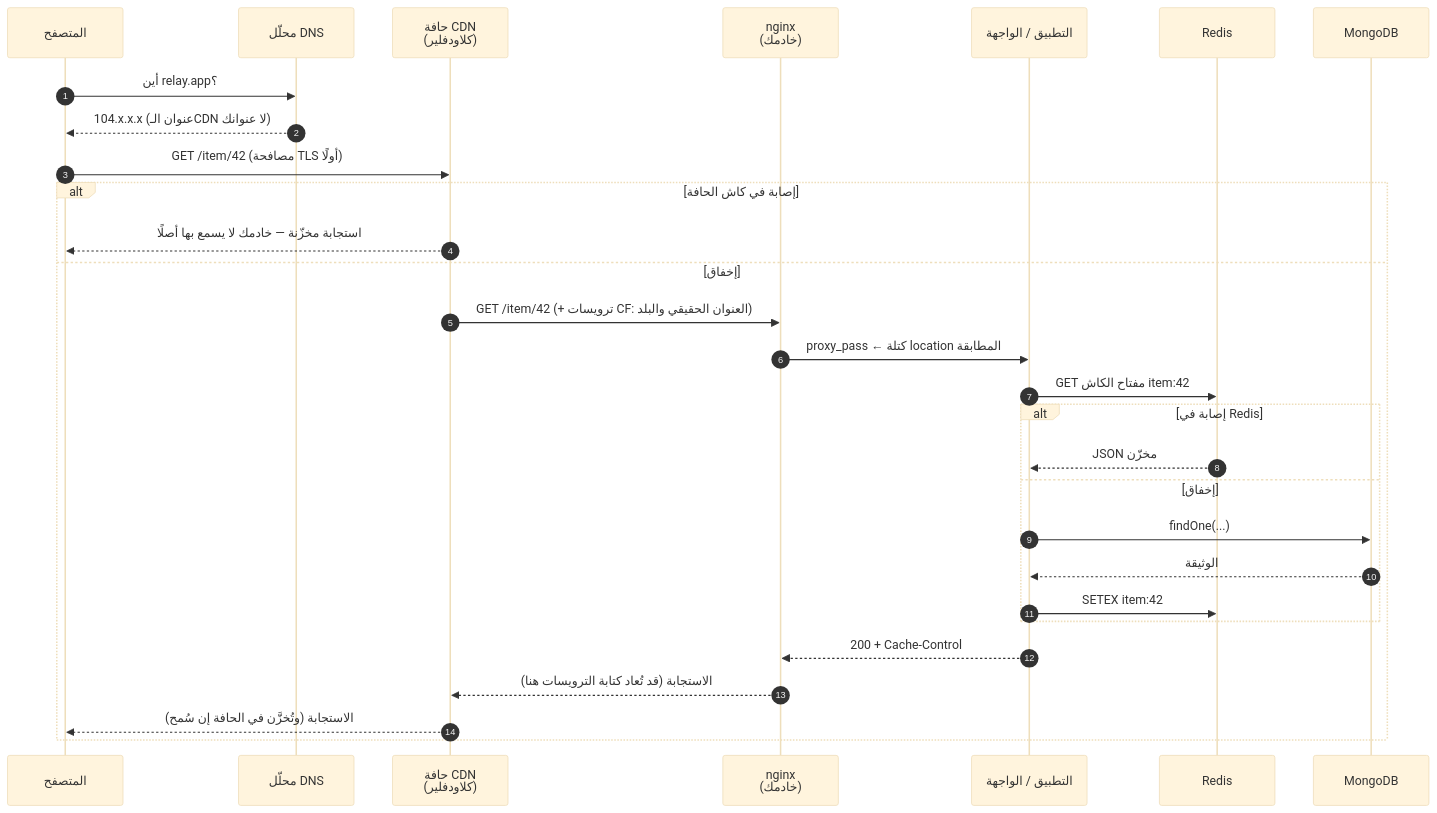
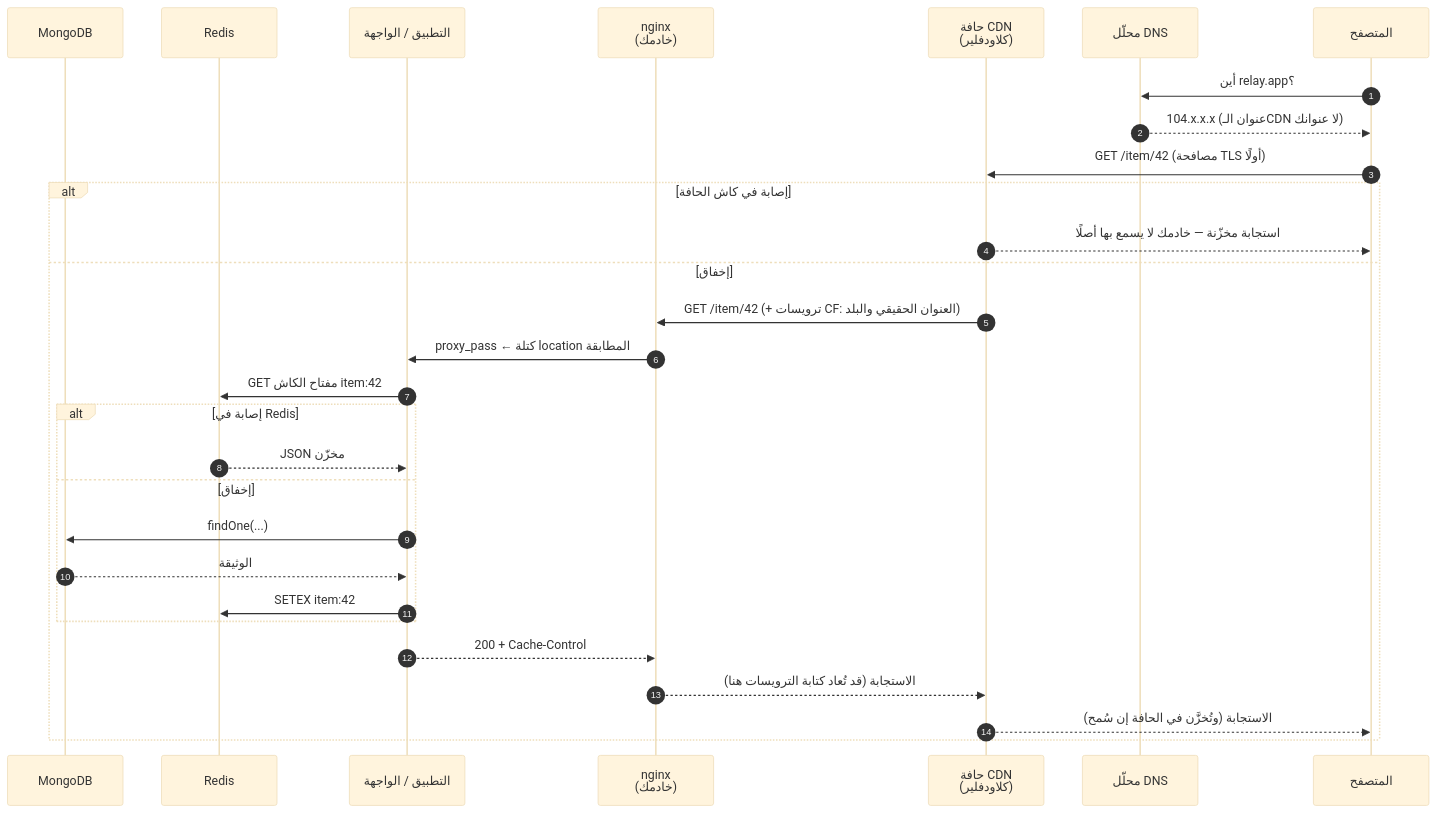
One commit to Tamoura/system-design-for-vibe-coders changed the second of 3 diagrams in modules/01-anatomy-of-a-real-app/lesson-2-the-requests-journey.ar.md. Above: the diagram before and after it, drawn with Mermaid (base theme). The commit also changed other lines of this file and 31 other files, not shown here.

First line of the commit message:
Arabic editions: diagrams flow right to left

````diff
--- a/modules/01-anatomy-of-a-real-app/lesson-2-the-requests-journey.ar.md
+++ b/modules/01-anatomy-of-a-real-app/lesson-2-the-requests-journey.ar.md
@@ -40,31 +40,31 @@
 ```mermaid
 sequenceDiagram
     autonumber
+    participant DB as MongoDB
+    participant R as Redis
+    participant APP as التطبيق / الواجهة
+    participant NG as nginx<br/>(خادمك)
+    participant CDN as حافة CDN<br/>(كلاودفلير)
+    participant DNS as محلّل DNS
     participant B as المتصفح
-    participant DNS as محلّل DNS
-    participant CDN as حافة CDN<br/>(كلاودفلير)
-    participant NG as nginx<br/>(خادمك)
-    participant APP as التطبيق / الواجهة
-    participant R as Redis
-    participant DB as MongoDB
     B->>DNS: أين relay.app؟
     DNS-->>B: 104.x.x.x (عنوان الـCDN لا عنوانك)
     B->>CDN: GET /item/42 (مصافحة TLS أولًا)
     alt إصابة في كاش الحافة
         CDN-->>B: استجابة مخزّنة — خادمك لا يسمع بها أصلًا
     else إخفاق
         CDN->>NG: GET /item/42 (+ ترويسات CF: العنوان الحقيقي والبلد)
         NG->>APP: proxy_pass ← كتلة location المطابقة
         APP->>R: GET مفتاح الكاش item:42
         alt إصابة في Redis
             R-->>APP: JSON مخزّن
         else إخفاق
             APP->>DB: findOne(...)
             DB-->>APP: الوثيقة
             APP->>R: SETEX item:42
         end
         APP-->>NG: 200 + Cache-Control
         NG-->>CDN: الاستجابة (قد تُعاد كتابة الترويسات هنا)
         CDN-->>B: الاستجابة (وتُخزَّن في الحافة إن سُمح)
     end
 ```
````
